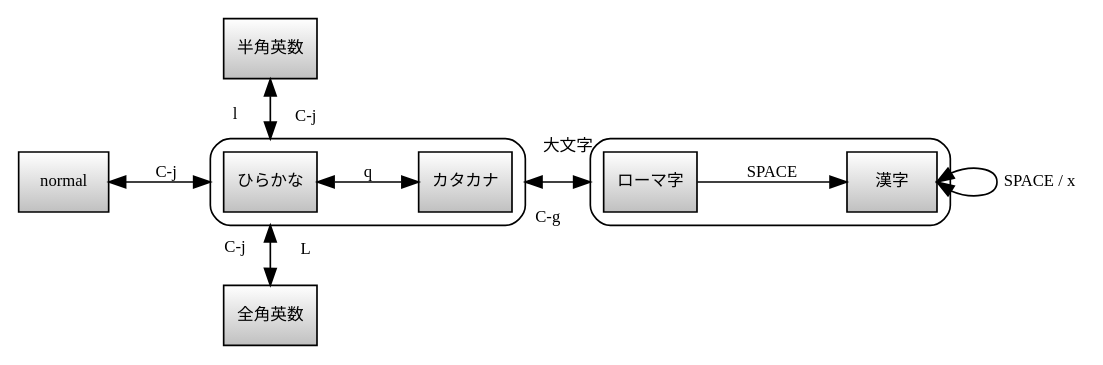
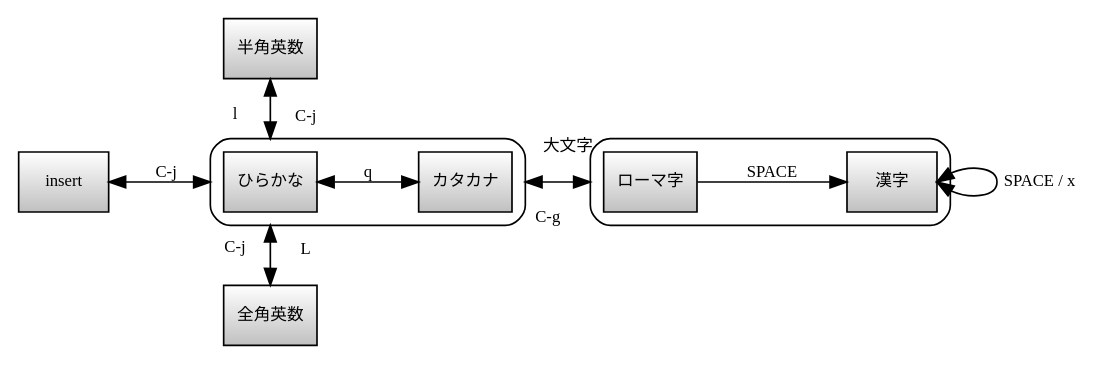
Before and after one commit to tktwr/memo: the diagram in skk.dot, drawn with Graphviz. The commit also changed 4 other files, not shown here.

```diff
--- a/skk.dot
+++ b/skk.dot
@@ -1,32 +1,32 @@
 // skk.dot
 digraph G {
   graph [ fontsize=10, rankdir=LR, compound=true, newrank=true, nodesep=0.3, ranksep=0.75, splines=line ];
   //node [ fontsize=10, shape=box, width=0.75, height=0.5, fixedsize=true ];
   node [ fontsize=10, shape=box, style="solid,filled", fillcolor="#c0c0c0:#ffffff", gradientangle=90 ];
   edge [ fontsize=10, labeldistance=3, labelangle=-45, labelloc="t" ];
 
   zenkaku [ label="全角英数" ];
-  normal [ label="normal" ];
+  insert [ label="insert" ];
   ascii [ label="半角英数" ];
 
   subgraph cluster1 {
     style=rounded;
     hira [ label="ひらかな" ];
     kata [ label="カタカナ" ];
     hira -> kata [ label="q", dir=both ];
   }
   subgraph cluster2 {
     style=rounded;
     roman [ label="ローマ字" ];
     kanji [ label="漢字" ];
     roman -> kanji [ label="SPACE" ];
     kanji:e -> kanji:e [ label="SPACE / x", dir=both ];
   }
 
-  normal -> hira [ label="C-j", dir=both, lhead="cluster1" ];
+  insert -> hira [ label="C-j", dir=both, lhead="cluster1" ];
   kata -> roman [ headlabel="大文字", taillabel="C-g", dir=both, ltail="cluster1", lhead="cluster2" ];
   hira -> ascii [ headlabel="l", taillabel="C-j", dir=both, ltail="cluster1" ];
   hira -> zenkaku [ headlabel="L", taillabel="C-j", dir=both, ltail="cluster1" ];
 
   { rank=same; hira; ascii; zenkaku; }
 }
```
